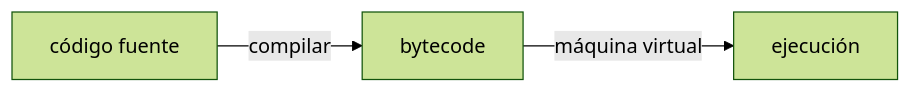
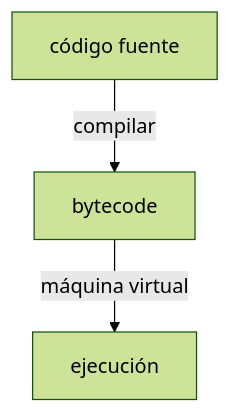
One commit to nbfrodri/devly changed the diagram in src/content/es/articles/que-es-una-maquina-virtual-de-un-lenguaje.mdx. Above: the diagram before and after it, drawn with Mermaid (forest theme). The commit also changed other lines of this file and 10 other files, not shown here.

````diff
--- a/src/content/es/articles/que-es-una-maquina-virtual-de-un-lenguaje.mdx
+++ b/src/content/es/articles/que-es-una-maquina-virtual-de-un-lenguaje.mdx
@@ -26,4 +26,4 @@
 ```mermaid
-flowchart LR
+flowchart TB
 	A["código fuente"] -- compilar --> B["bytecode"] -- máquina virtual --> C["ejecución"]
 ```
````
